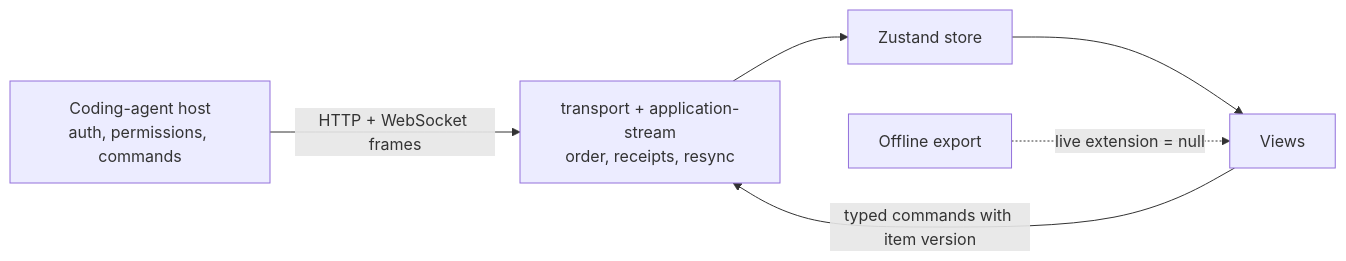
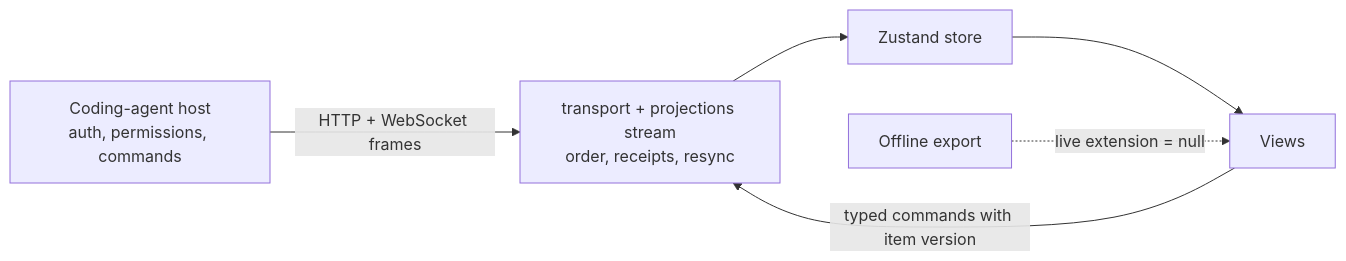
The first of 2 diagrams in packages/webview/README.md (bgauryy/octocode-coding-agent), drawn with Mermaid before and after one commit. The commit also changed other lines of this file and 781 other files, not shown here.

````diff
--- a/packages/webview/README.md
+++ b/packages/webview/README.md
@@ -5,7 +5,7 @@
 ```mermaid
 flowchart LR
-  Host[Coding-agent host\nauth, permissions, commands] -- "HTTP + WebSocket frames" --> T[transport + application-stream\norder, receipts, resync]
+  Host[Coding-agent host\nauth, permissions, commands] -- "HTTP + WebSocket frames" --> T[transport + projections stream\norder, receipts, resync]
   T --> S[Zustand store] --> V[Views]
   V -- "typed commands with item version" --> T
   Offline[Offline export] -. "live extension = null" .-> V
 ```
````
